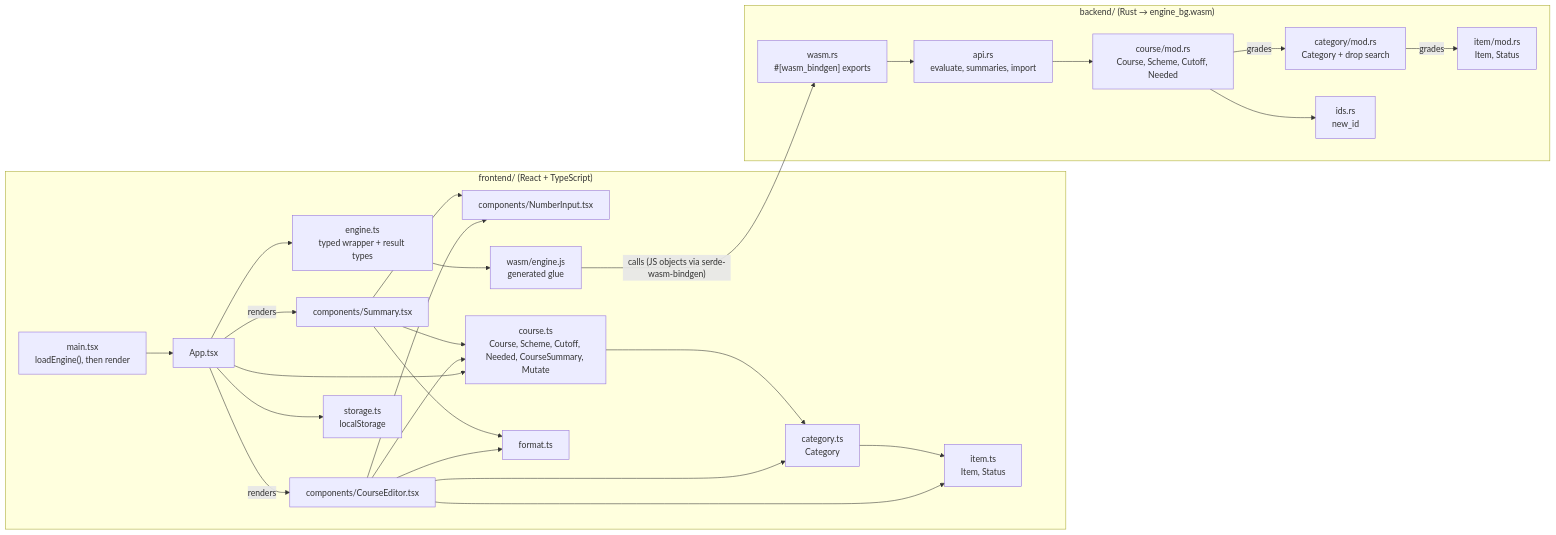
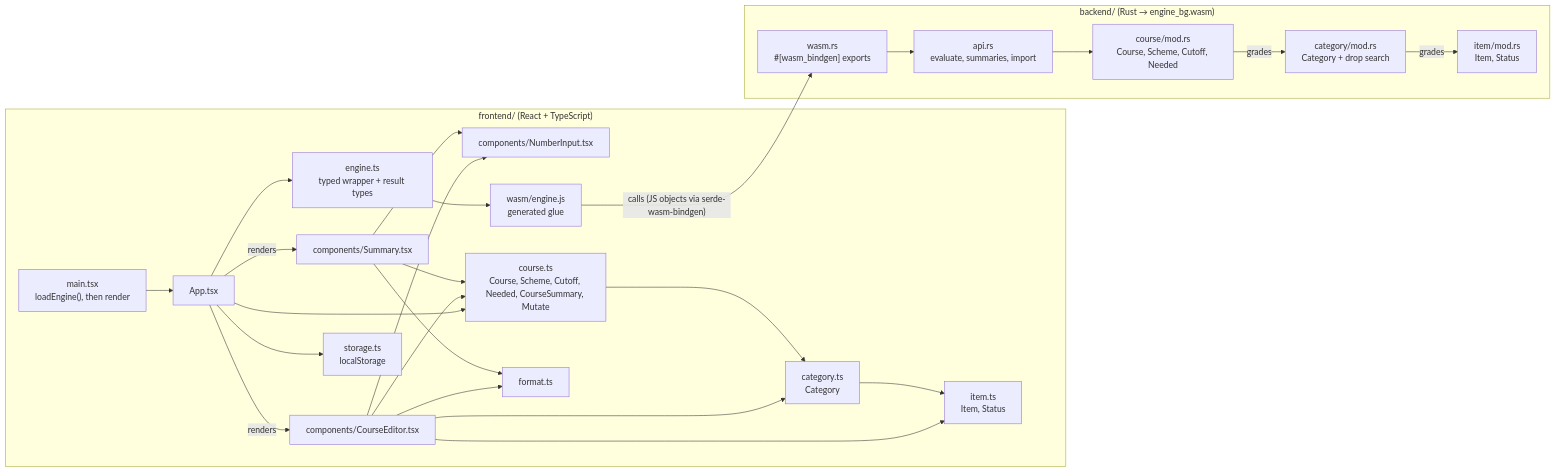
One commit to Patman1O1/grade-calculator changed the first of 9 diagrams in docs/uml.md. Above: the diagram before and after it, drawn with Mermaid. The commit also changed other lines of this file and 21 other files, not shown here.

````diff
--- a/docs/uml.md
+++ b/docs/uml.md
@@ -20,47 +20,45 @@
 ```mermaid
 flowchart LR
   subgraph frontend["frontend/ (React + TypeScript)"]
     main["main.tsx<br/>loadEngine(), then render"]
     App["App.tsx"]
     CourseEditor["components/CourseEditor.tsx"]
     Summary["components/Summary.tsx"]
     NumberInput["components/NumberInput.tsx"]
     coursets["course.ts<br/>Course, Scheme, Cutoff, Needed, CourseSummary, Mutate"]
     categoryts["category.ts<br/>Category"]
     itemts["item.ts<br/>Item, Status"]
     enginets["engine.ts<br/>typed wrapper + result types"]
     glue["wasm/engine.js<br/>generated glue"]
     storage["storage.ts<br/>localStorage"]
     format["format.ts"]
   end
   subgraph engine["backend/ (Rust → engine_bg.wasm)"]
     wasm["wasm.rs<br/>#[wasm_bindgen] exports"]
     api["api.rs<br/>evaluate, summaries, import"]
     item["item/mod.rs<br/>Item, Status"]
     category["category/mod.rs<br/>Category + drop search"]
     course["course/mod.rs<br/>Course, Scheme, Cutoff, Needed"]
-    ids["ids.rs<br/>new_id"]
   end
 
   main --> App
   App --> enginets --> glue
   App --> storage
   App -->|renders| CourseEditor
   App -->|renders| Summary
   CourseEditor --> NumberInput
   Summary --> NumberInput
   CourseEditor --> format
   Summary --> format
   App --> coursets
   CourseEditor --> coursets
   CourseEditor --> categoryts
   CourseEditor --> itemts
   Summary --> coursets
   coursets --> categoryts --> itemts
   glue -->|"calls (JS objects via serde-wasm-bindgen)"| wasm
   wasm --> api
   api --> course
-  course --> ids
   course -->|grades| category
   category -->|grades| item
 ```
````
